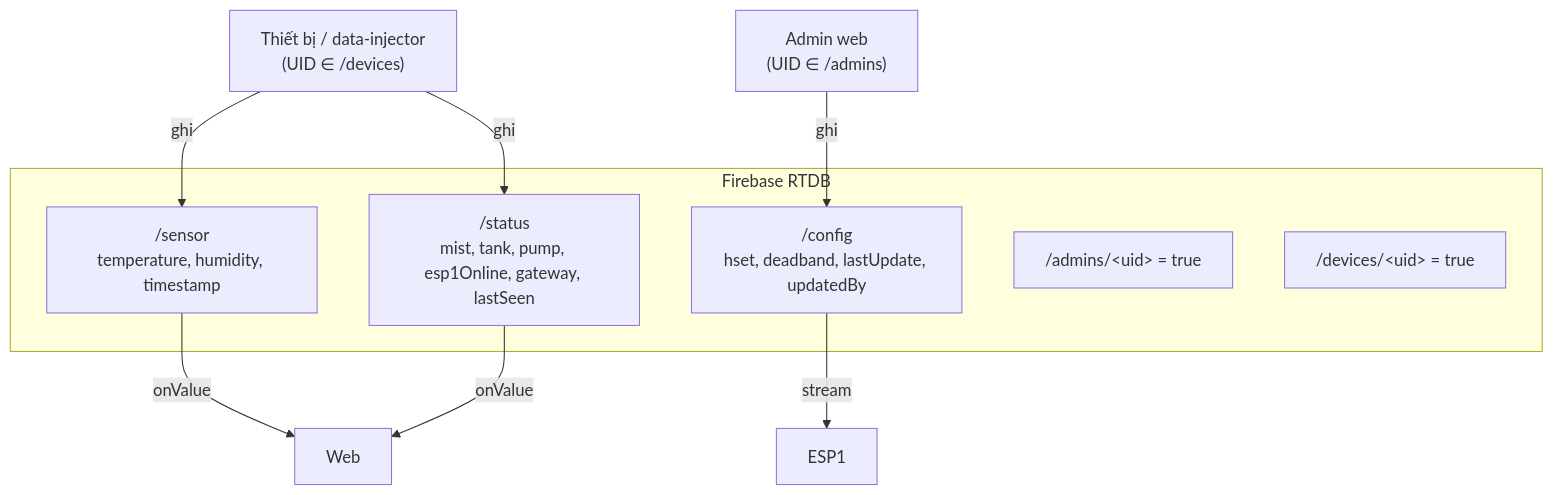
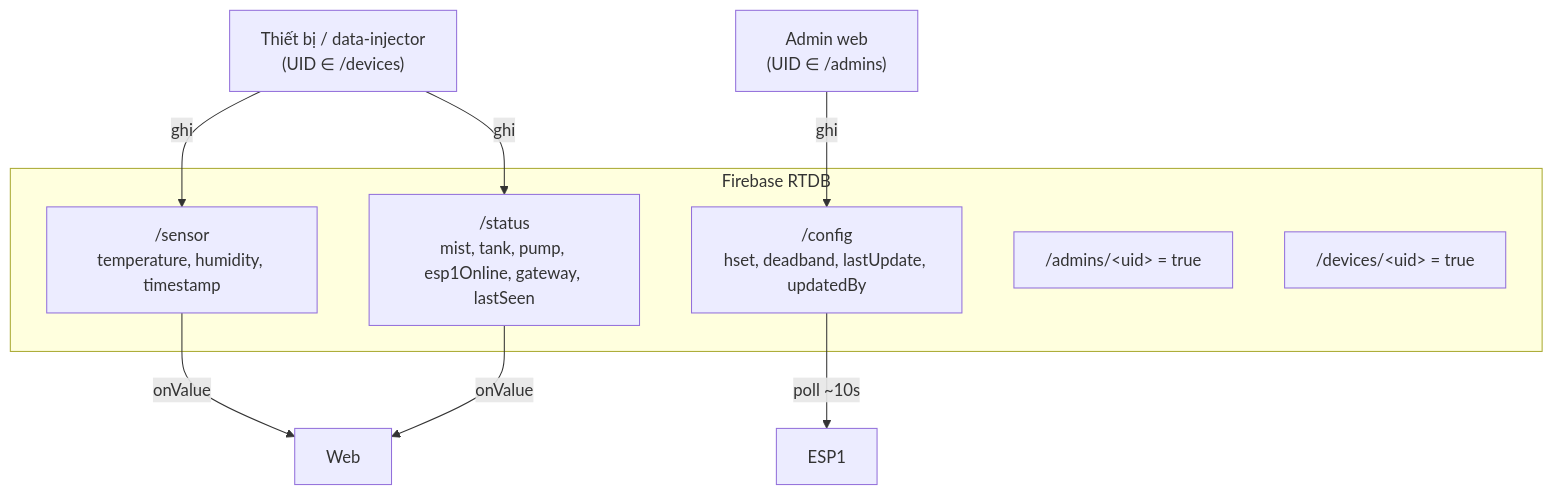
The fifth of 5 diagrams in docs/ARCHITECTURE.md (2591317-student/smart-humidity-iot), drawn with Mermaid before and after one commit. The commit also changed other lines of this file and 24 other files, not shown here.

````diff
--- a/docs/ARCHITECTURE.md
+++ b/docs/ARCHITECTURE.md
@@ -208,16 +216,16 @@
 ```mermaid
 flowchart TD
     subgraph RTDB["Firebase RTDB"]
         sensor["/sensor<br/>temperature, humidity, timestamp"]
         config["/config<br/>hset, deadband, lastUpdate, updatedBy"]
         status["/status<br/>mist, tank, pump, esp1Online, gateway, lastSeen"]
         admins["/admins/&lt;uid&gt; = true"]
         devices["/devices/&lt;uid&gt; = true"]
     end
     DEV["Thiết bị / data-injector<br/>(UID ∈ /devices)"] -->|ghi| sensor
     DEV -->|ghi| status
     ADM["Admin web<br/>(UID ∈ /admins)"] -->|ghi| config
-    config -->|stream| ESP1["ESP1"]
+    config -->|poll ~10s| ESP1["ESP1"]
     sensor -->|onValue| WEB["Web"]
     status -->|onValue| WEB
 ```
````
